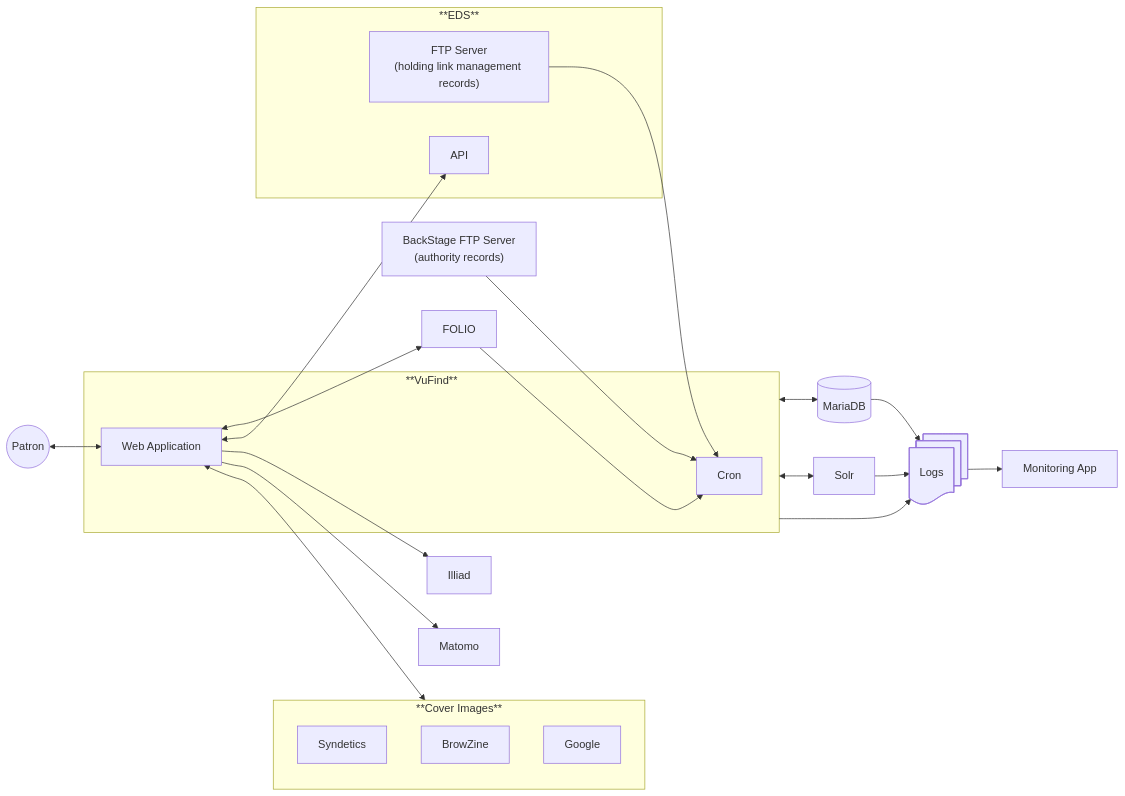
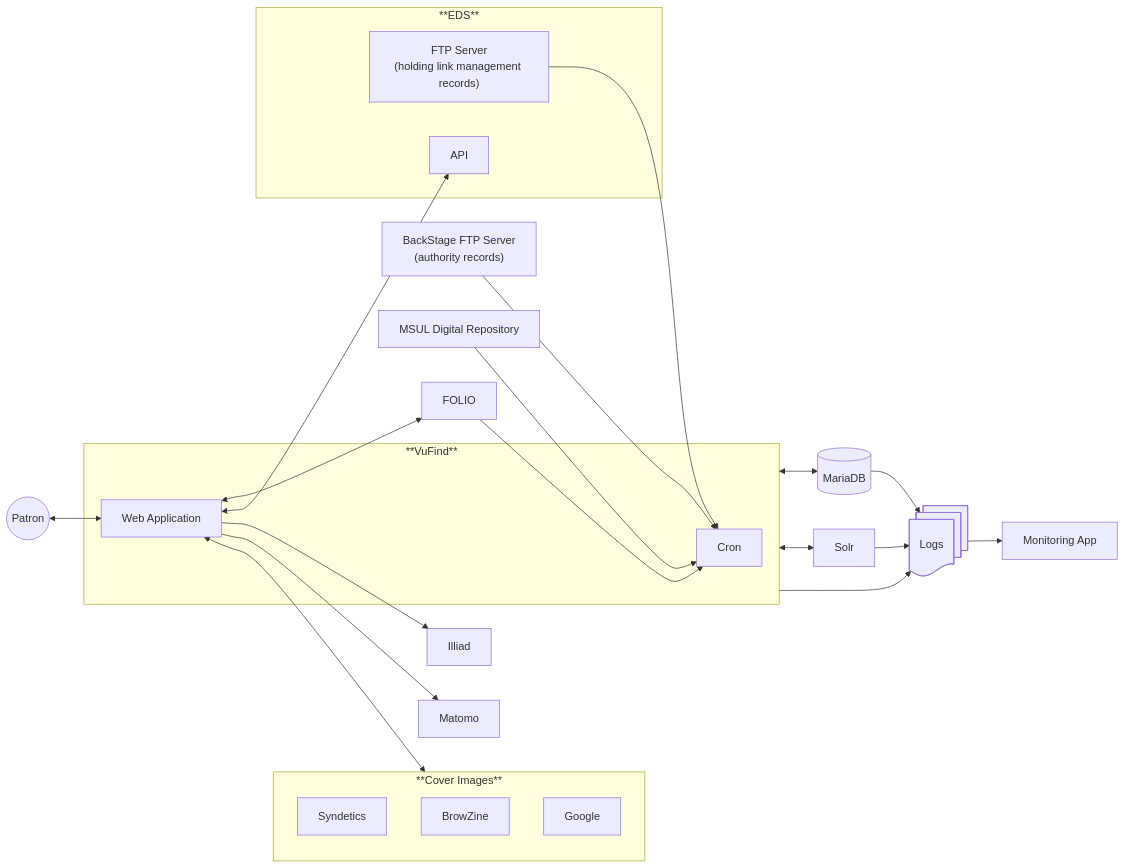
Before and after one commit to MSU-Libraries/catalog: the diagram in docs/tech-overview.md, drawn with Mermaid. The commit also changed 24 other files, not shown here.

Commit message:
DR-1267 First pass at adding digital repository records in catalog

````diff
--- a/docs/tech-overview.md
+++ b/docs/tech-overview.md
@@ -101,52 +101,54 @@
 ```mermaid
 graph LR
 
 Patron((Patron))
 FOLIO[FOLIO]
 BackStage["`BackStage FTP Server
 (authority records)`"]
+DigitalRepository["`MSUL Digital Repository`"]
 Monitoring[Monitoring App]
 Logs@{ shape: docs, label: "Logs"}
 MariaDB[(MariaDB)]
 Solr[Solr]
 Illiad["Illiad"]
 Matomo[Matomo]
 
 FOLIO --> VuFindCron
 HLM --> VuFindCron
+DigitalRepository --> VuFindCron
 BackStage --> VuFindCron
 
 Patron <--> VuFindWeb
 
 VuFindWeb <--> FOLIO
 VuFindWeb <--> EDSAPI
 VuFindWeb <--> CoverImages
 VuFindWeb --> Illiad
 VuFindWeb --> Matomo
 
 VuFind <--> MariaDB
 VuFind <--> Solr
 
 
 VuFind --> Logs
 MariaDB --> Logs
 Solr --> Logs
 Logs --> Monitoring
 
 subgraph VuFind["**VuFind**"]
 VuFindWeb[Web Application]
 VuFindCron[Cron]
 end
 
 subgraph EDS["**EDS**"]
 HLM["`FTP Server
 (holding link management records)`"]
 EDSAPI[API]
 end
 
 subgraph CoverImages["**Cover Images**"]
 Syndetics[Syndetics]
 BrowZine[BrowZine]
 Google[Google]
 end
 ```
````
